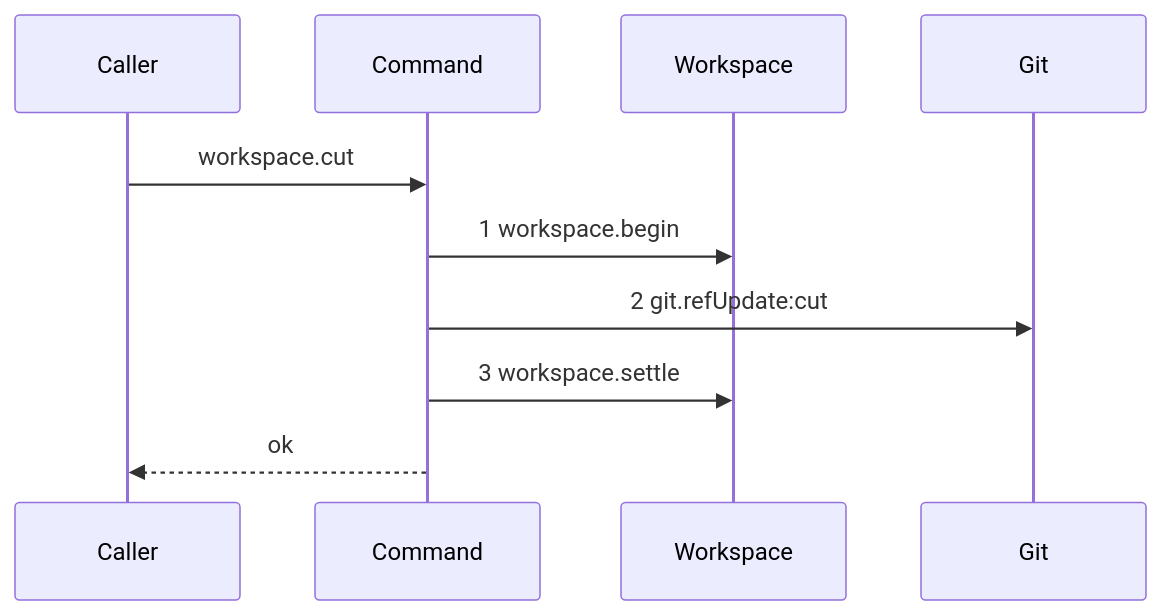
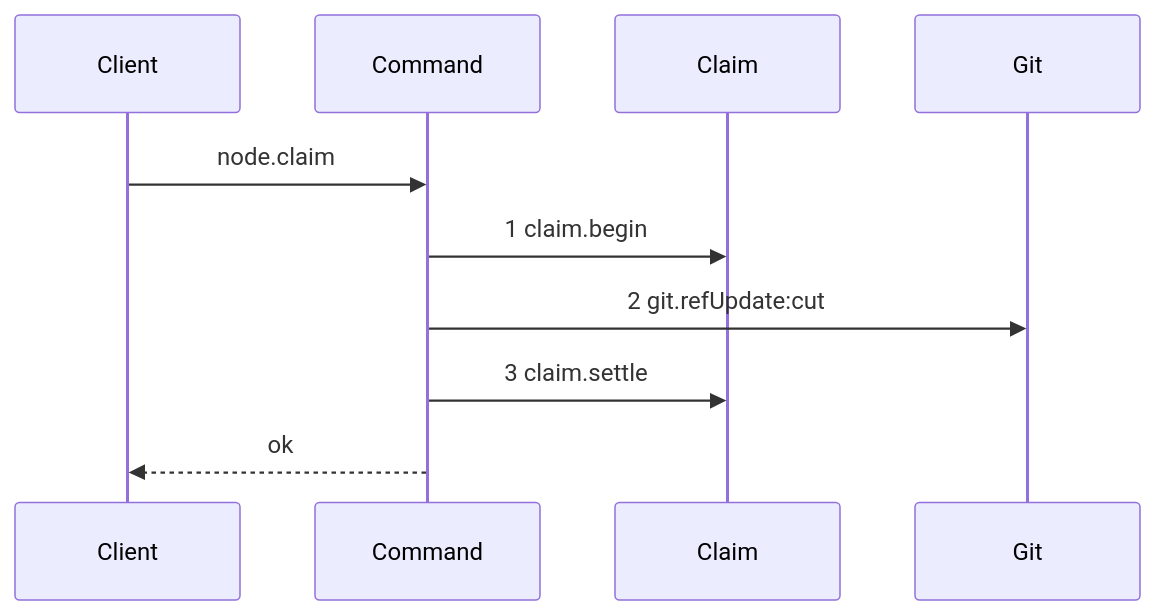
The fourth of 22 diagrams in .agents/plan/epics/051-the-execution-checkpoint.md (kanthorlabs/kanthord-engine), drawn with Mermaid before and after one commit. The commit also changed other lines of this file, not shown here.

````diff
--- a/.agents/plan/epics/051-the-execution-checkpoint.md
+++ b/.agents/plan/epics/051-the-execution-checkpoint.md
@@ -343,12 +389,12 @@
 ```mermaid
 sequenceDiagram
-    participant Caller
+    participant Client
     participant Command
-    participant Workspace
+    participant Claim
     participant Git
-    Caller->>Command: workspace.cut
-    Command->>Workspace: 1 workspace.begin
+    Client->>Command: node.claim
+    Command->>Claim: 1 claim.begin
     Command->>Git: 2 git.refUpdate:cut
-    Command->>Workspace: 3 workspace.settle
-    Command-->>Caller: ok
+    Command->>Claim: 3 claim.settle
+    Command-->>Client: ok
 ```
````
